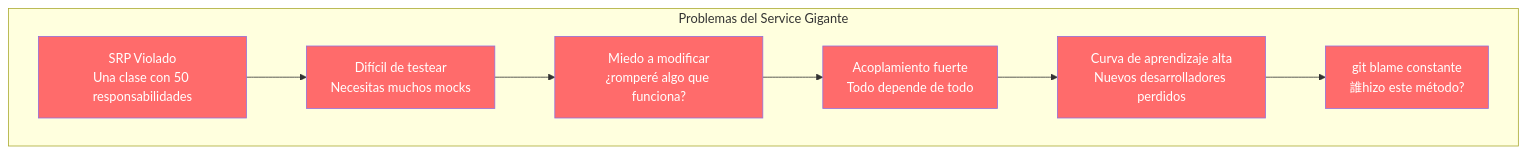
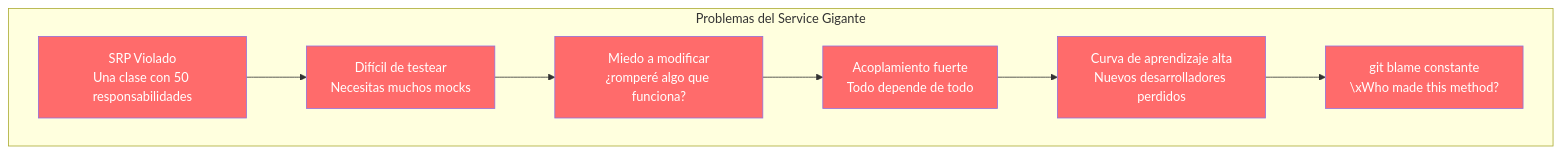
The first of 22 diagrams in doc/08-cqrs-commands-queries.md (joseluisgs/TiendaDawApi-Cqrs-MediatR-NetCore), drawn with Mermaid before and after one commit. The commit also changed other lines of this file and 1 other file, not shown here.

````diff
--- a/doc/08-cqrs-commands-queries.md
+++ b/doc/08-cqrs-commands-queries.md
@@ -61,17 +62,17 @@
 ```mermaid
 flowchart TB
     subgraph "Problemas del Service Gigante"
         A["SRP Violado\nUna clase con 50 responsabilidades"] --> B["Difícil de testear\nNecesitas muchos mocks"]
         B --> C["Miedo a modificar\n¿romperé algo que funciona?"]
         C --> D["Acoplamiento fuerte\nTodo depende de todo"]
         D --> E["Curva de aprendizaje alta\nNuevos desarrolladores perdidos"]
-        E --> F[" git blame constante\n誰hizo este método?"]
+        E --> F[" git blame constante\n\xWho made this method?"]
     end
     
     style A fill:#ff6b6b,color:#fff
     style B fill:#ff6b6b,color:#fff
     style C fill:#ff6b6b,color:#fff
     style D fill:#ff6b6b,color:#fff
     style E fill:#ff6b6b,color:#fff
     style F fill:#ff6b6b,color:#fff
 ```
````
